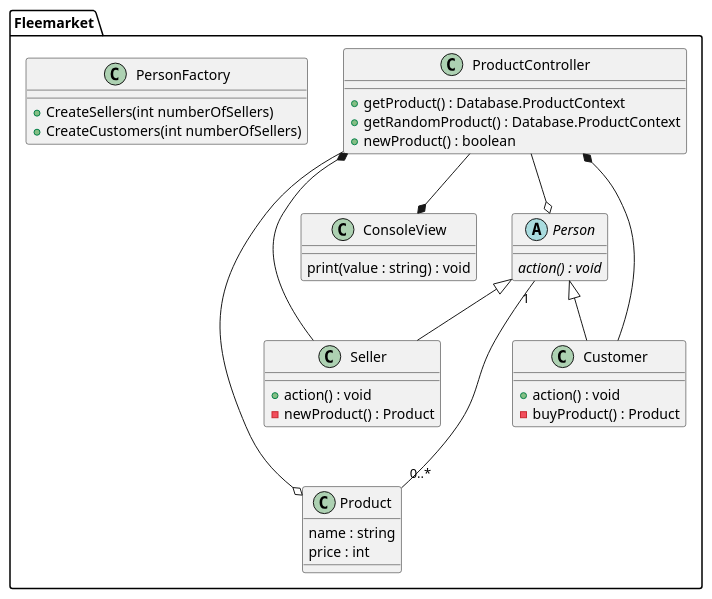
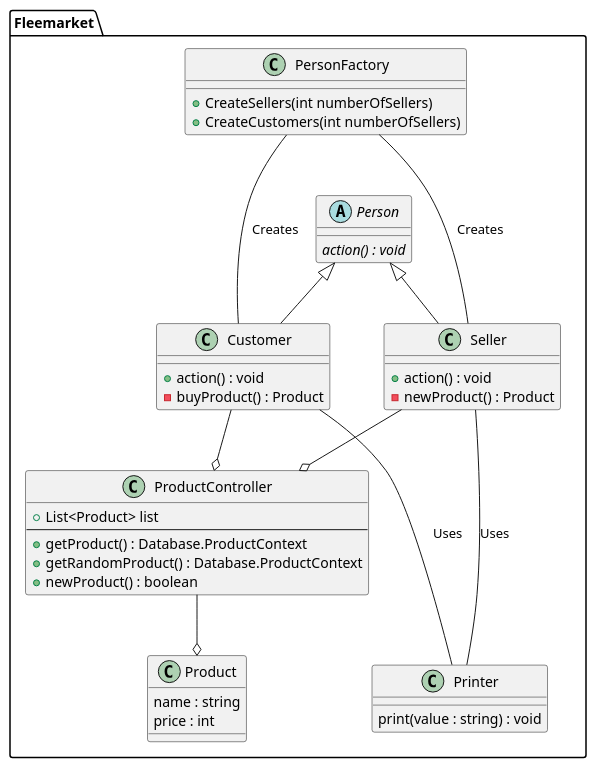
The diagram in LottasLopper/classDiagram.puml (alexander474/PG3300_SoftwareDesign_Exam), drawn with PlantUML before and after one commit. The commit also changed 1 other file, not shown here.

Commit message:
UML and String format

```diff
--- a/LottasLopper/classDiagram.puml
+++ b/LottasLopper/classDiagram.puml
@@ -1,50 +1,52 @@
 @startuml
 
 namespace Fleemarket {
     class ProductController{
+        +List<Product> list
+        ---
         +getProduct() : Database.ProductContext
         +getRandomProduct() : Database.ProductContext
         +newProduct() : boolean
     }
     
     ProductController --o Product
-    ProductController --o Person
     
-    class ConsoleView {
+    class Printer {
         print(value : string) : void
     }
-    
-    ProductController --* ConsoleView
     
     abstract Class Person {
         {abstract} action() : void
     }
     
     class Seller extends Person {
         +action() : void
         -newProduct() : Product
     }
     
-    Seller --* ProductController
+    Seller --o ProductController
+    Seller --- Printer : Uses
     
     class Customer extends Person {
         +action() : void
         -buyProduct() : Product
     }
     
-    Customer --* ProductController
-        
-    Person "1" --- "0..*" Product
+    Customer --o ProductController
+    Customer --- Printer : Uses
         
     class Product {
         name : string
         price : int
     }
     
     class PersonFactory {
         +CreateSellers(int numberOfSellers)
         +CreateCustomers(int numberOfSellers)
     }
+    
+    PersonFactory --- Seller : Creates
+    PersonFactory --- Customer : Creates
 }
 
 @enduml
```
